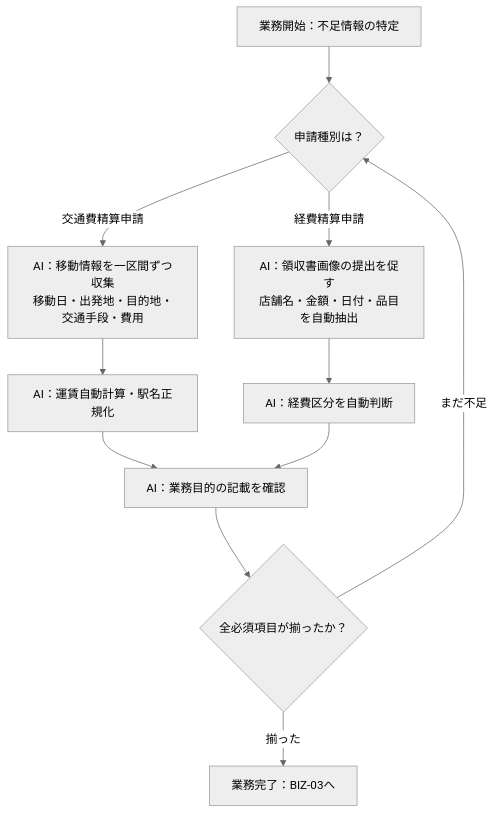
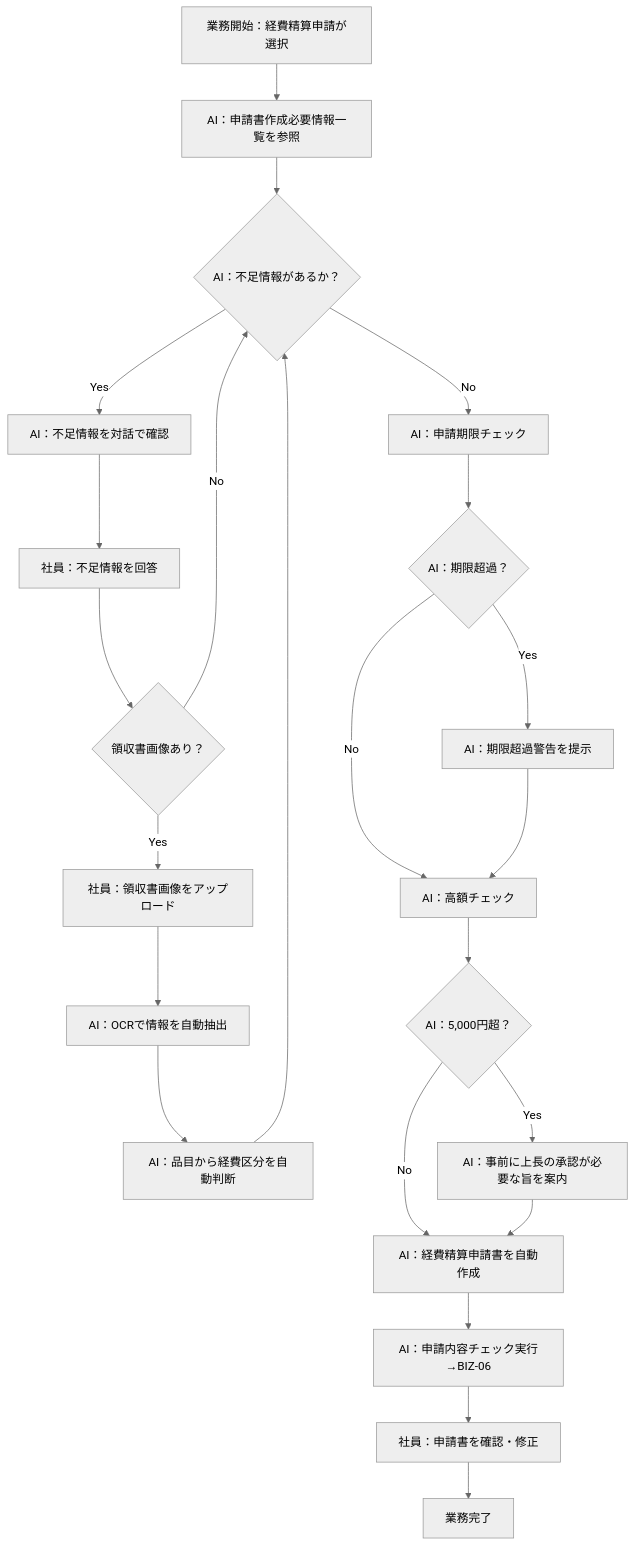
One commit to horii003/AIAgentBookCC changed the second of 5 diagrams in artifacts/01_business-requirements/outputs/業務プロセス定義.md. Above: the diagram before and after it, drawn with Mermaid (neutral theme). The commit also changed other lines of this file and 121 other files, not shown here.

````diff
--- a/artifacts/01_business-requirements/outputs/業務プロセス定義.md
+++ b/artifacts/01_business-requirements/outputs/業務プロセス定義.md
@@ -278,13 +272,25 @@
 ```mermaid
 flowchart TD
-    A[業務開始：不足情報の特定] --> B{申請種別は？}
-    B -->|交通費精算申請| C[AI：移動情報を一区間ずつ収集\n移動日・出発地・目的地・交通手段・費用]
-    B -->|経費精算申請| D[AI：領収書画像の提出を促す\n店舗名・金額・日付・品目を自動抽出]
-    C --> E[AI：運賃自動計算・駅名正規化]
-    D --> F[AI：経費区分を自動判断]
-    E --> G[AI：業務目的の記載を確認]
-    F --> G
-    G --> H{全必須項目が揃ったか？}
-    H -->|揃った| I[業務完了：BIZ-03へ]
-    H -->|まだ不足| B
+    A[業務開始：経費精算申請が選択] --> B[AI：申請書作成必要情報一覧を参照]
+    B --> C{AI：不足情報があるか？}
+    C -->|Yes| D[AI：不足情報を対話で確認]
+    D --> E[社員：不足情報を回答]
+    E --> F{領収書画像あり？}
+    F -->|Yes| G[社員：領収書画像をアップロード]
+    G --> H[AI：OCRで情報を自動抽出]
+    H --> I[AI：品目から経費区分を自動判断]
+    I --> C
+    F -->|No| C
+    C -->|No| J[AI：申請期限チェック]
+    J --> K{AI：期限超過？}
+    K -->|Yes| L[AI：期限超過警告を提示]
+    K -->|No| M[AI：高額チェック]
+    L --> M
+    M --> N{AI：5,000円超？}
+    N -->|Yes| O[AI：事前に上長の承認が必要な旨を案内]
+    N -->|No| P[AI：経費精算申請書を自動作成]
+    O --> P
+    P --> Q[AI：申請内容チェック実行→BIZ-06]
+    Q --> R[社員：申請書を確認・修正]
+    R --> S[業務完了]
 ```
````
